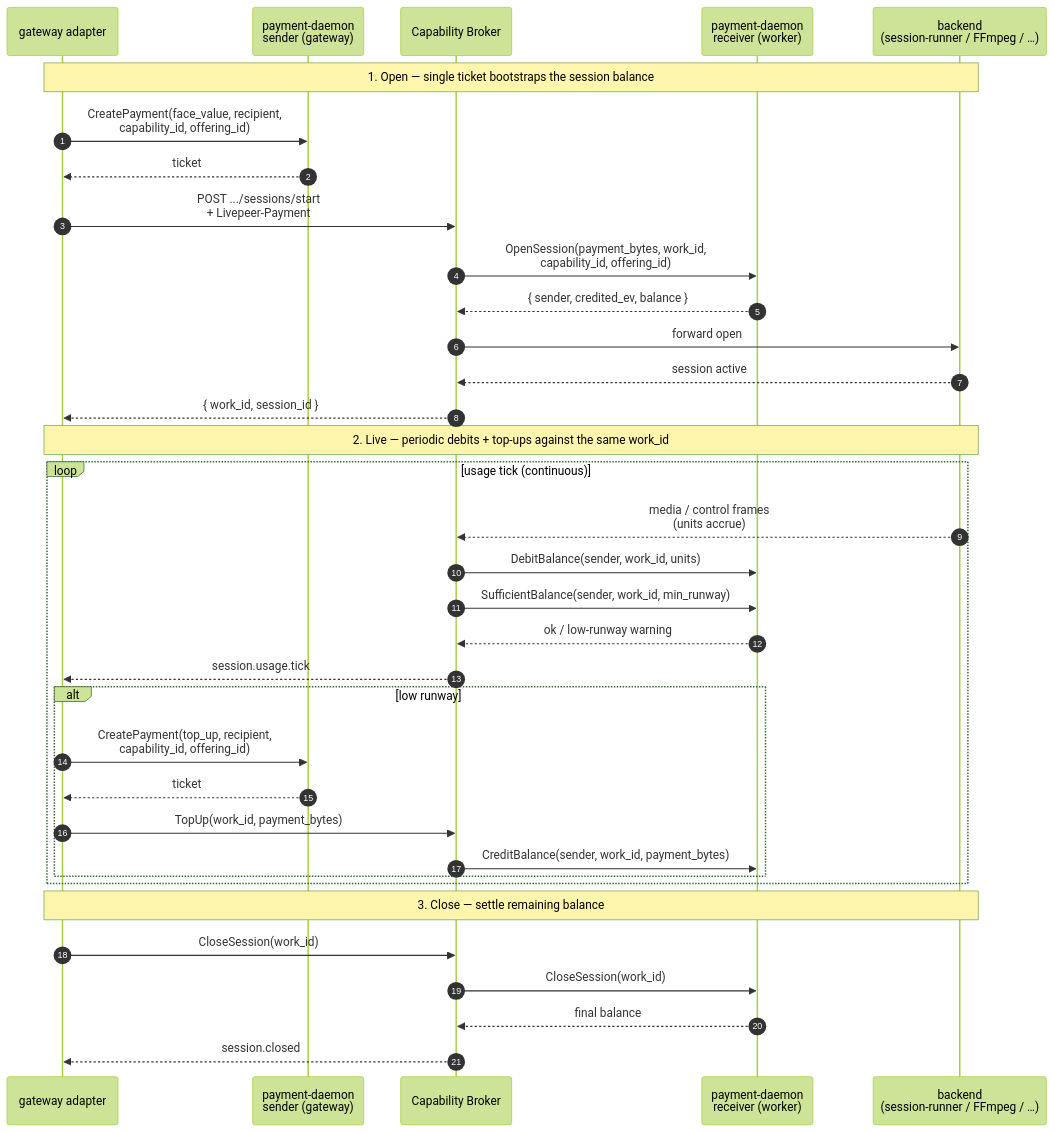
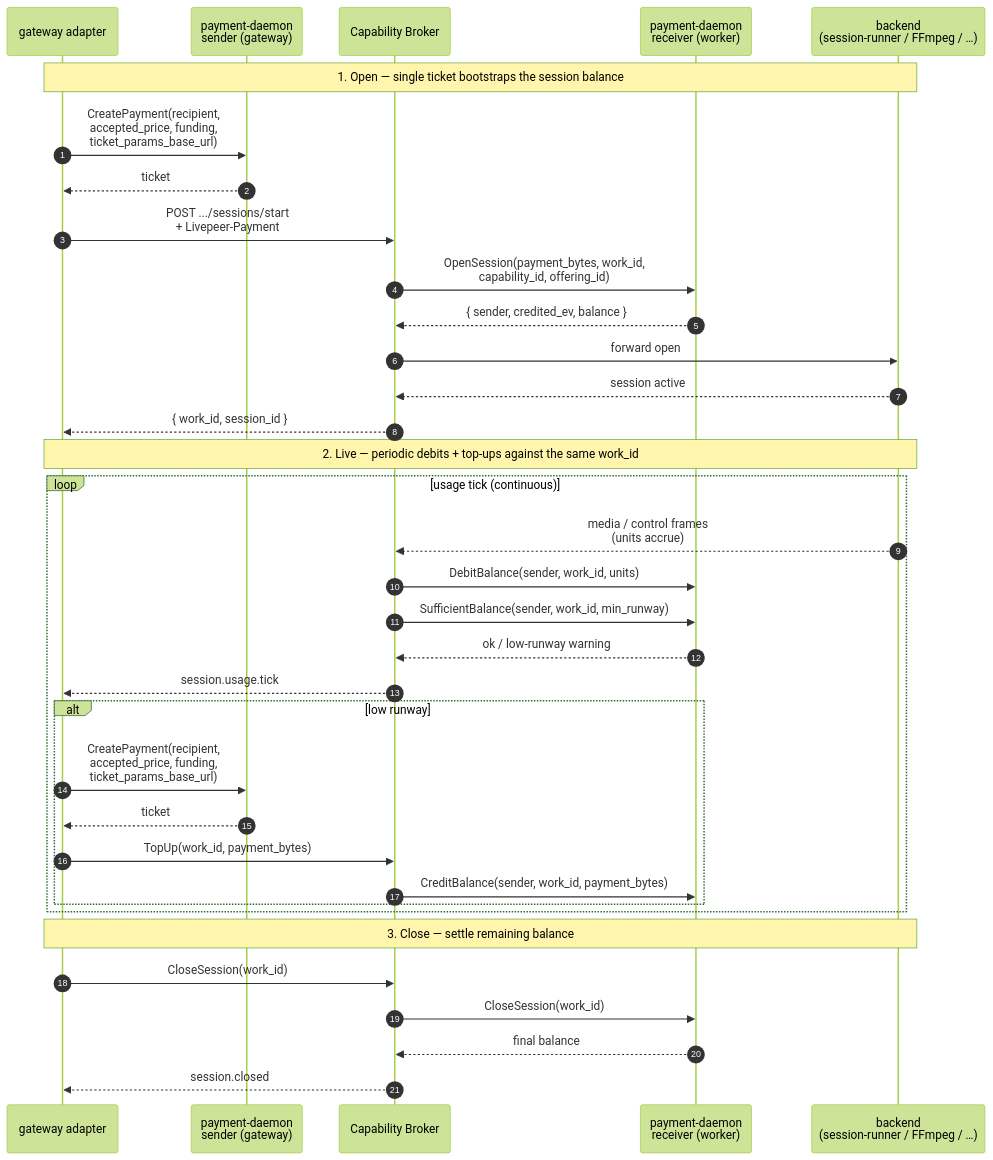
One commit to Cloud-SPE/livepeer-network-modules changed the eighth of 10 diagrams in docs/design-docs/architecture-overview.md. Above: the diagram before and after it, drawn with Mermaid (forest theme). The commit also changed other lines of this file and 35 other files, not shown here.

Commit message:
docs: align current payment and capability semantics

````diff
--- a/docs/design-docs/architecture-overview.md
+++ b/docs/design-docs/architecture-overview.md
@@ -815,40 +816,40 @@
 ```mermaid
 sequenceDiagram
     autonumber
     participant GW as gateway adapter
     participant Sender as payment-daemon<br/>sender (gateway)
     participant Broker as Capability Broker
     participant Receiver as payment-daemon<br/>receiver (worker)
     participant Backend as backend<br/>(session-runner / FFmpeg / …)
 
     Note over GW,Backend: 1. Open — single ticket bootstraps the session balance
-    GW->>Sender: CreatePayment(face_value, recipient,<br/>capability_id, offering_id)
+    GW->>Sender: CreatePayment(recipient,<br/>accepted_price, funding,<br/>ticket_params_base_url)
     Sender-->>GW: ticket
     GW->>Broker: POST .../sessions/start<br/>+ Livepeer-Payment
     Broker->>Receiver: OpenSession(payment_bytes, work_id,<br/>capability_id, offering_id)
     Receiver-->>Broker: { sender, credited_ev, balance }
     Broker->>Backend: forward open
     Backend-->>Broker: session active
     Broker-->>GW: { work_id, session_id }
 
     Note over GW,Backend: 2. Live — periodic debits + top-ups against the same work_id
     loop usage tick (continuous)
         Backend-->>Broker: media / control frames<br/>(units accrue)
         Broker->>Receiver: DebitBalance(sender, work_id, units)
         Broker->>Receiver: SufficientBalance(sender, work_id, min_runway)
         Receiver-->>Broker: ok / low-runway warning
         Broker-->>GW: session.usage.tick
         alt low runway
-            GW->>Sender: CreatePayment(top_up, recipient,<br/>capability_id, offering_id)
+            GW->>Sender: CreatePayment(recipient,<br/>accepted_price, funding,<br/>ticket_params_base_url)
             Sender-->>GW: ticket
             GW->>Broker: TopUp(work_id, payment_bytes)
             Broker->>Receiver: CreditBalance(sender, work_id, payment_bytes)
         end
     end
 
     Note over GW,Backend: 3. Close — settle remaining balance
     GW->>Broker: CloseSession(work_id)
     Broker->>Receiver: CloseSession(work_id)
     Receiver-->>Broker: final balance
     Broker-->>GW: session.closed
 ```
````
